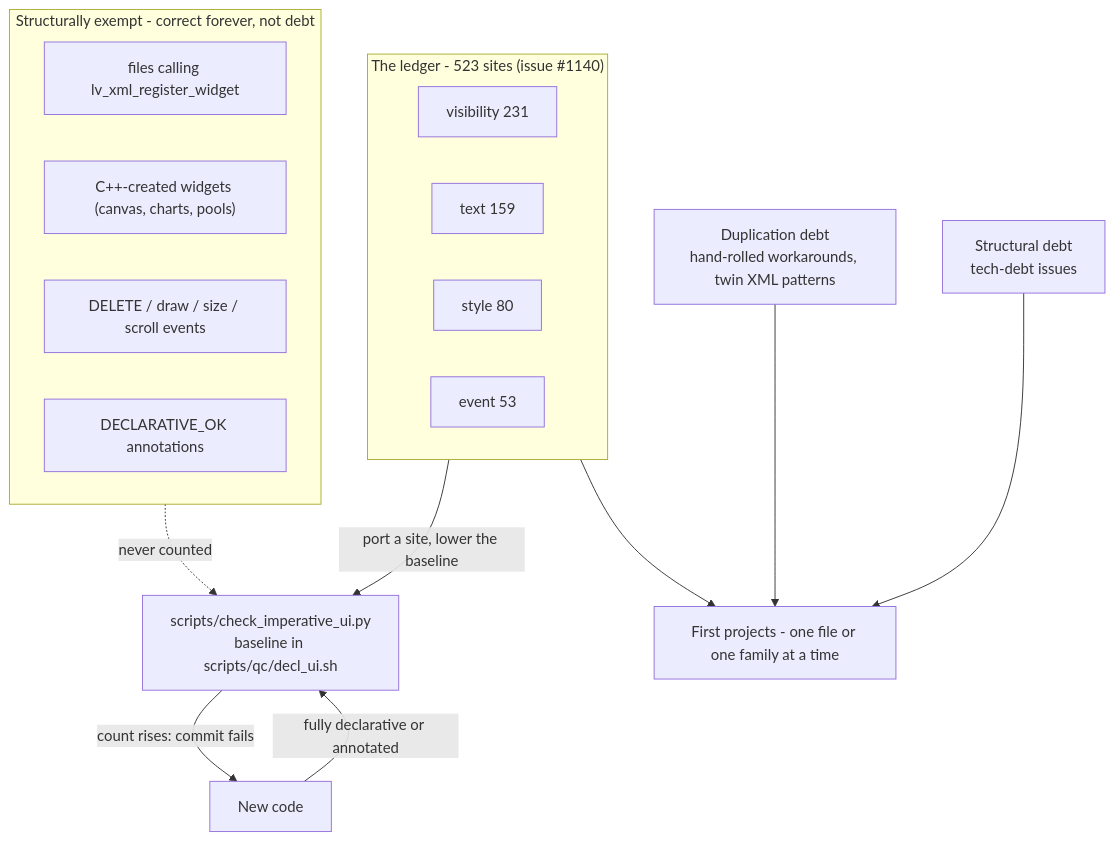
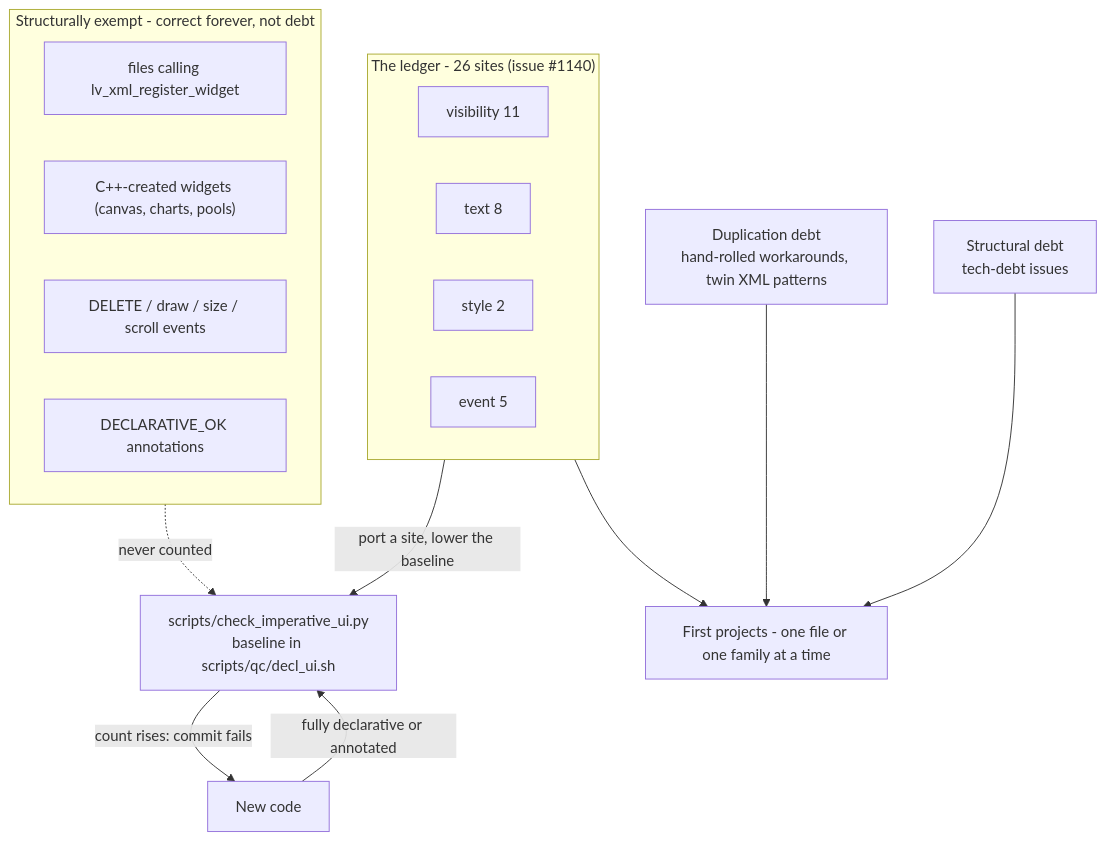
The diagram in docs/devel/architecture/15-known-debt.md (prestonbrown/helixscreen), drawn with Mermaid before and after one commit. The commit also changed other lines of this file and 122 other files, not shown here.

````diff
--- a/docs/devel/architecture/15-known-debt.md
+++ b/docs/devel/architecture/15-known-debt.md
@@ -7,27 +7,27 @@
 ```mermaid
 flowchart TD
     NEW["New code"] -->|"fully declarative or annotated"| GATE
 
-    subgraph LEDGER["The ledger - 523 sites (issue #1140)"]
-        V["visibility 231"]
-        T["text 159"]
-        S["style 80"]
-        E["event 53"]
+    subgraph LEDGER["The ledger - 26 sites (issue #1140)"]
+        V["visibility 11"]
+        T["text 8"]
+        S["style 2"]
+        E["event 5"]
     end
 
     GATE["scripts/check_imperative_ui.py<br/>baseline in scripts/qc/decl_ui.sh"]
     LEDGER -->|"port a site, lower the baseline"| GATE
     GATE -->|"count rises: commit fails"| NEW
 
     subgraph EXEMPT["Structurally exempt - correct forever, not debt"]
         W["files calling lv_xml_register_widget"]
         C["C++-created widgets (canvas, charts, pools)"]
         H["DELETE / draw / size / scroll events"]
         A["DECLARATIVE_OK annotations"]
     end
     EXEMPT -.->|"never counted"| GATE
 
     DUP["Duplication debt<br/>hand-rolled workarounds, twin XML patterns"] --> PROJECTS
     ISSUES["Structural debt<br/>tech-debt issues"] --> PROJECTS
     LEDGER --> PROJECTS["First projects - one file or one family at a time"]
 ```
````
